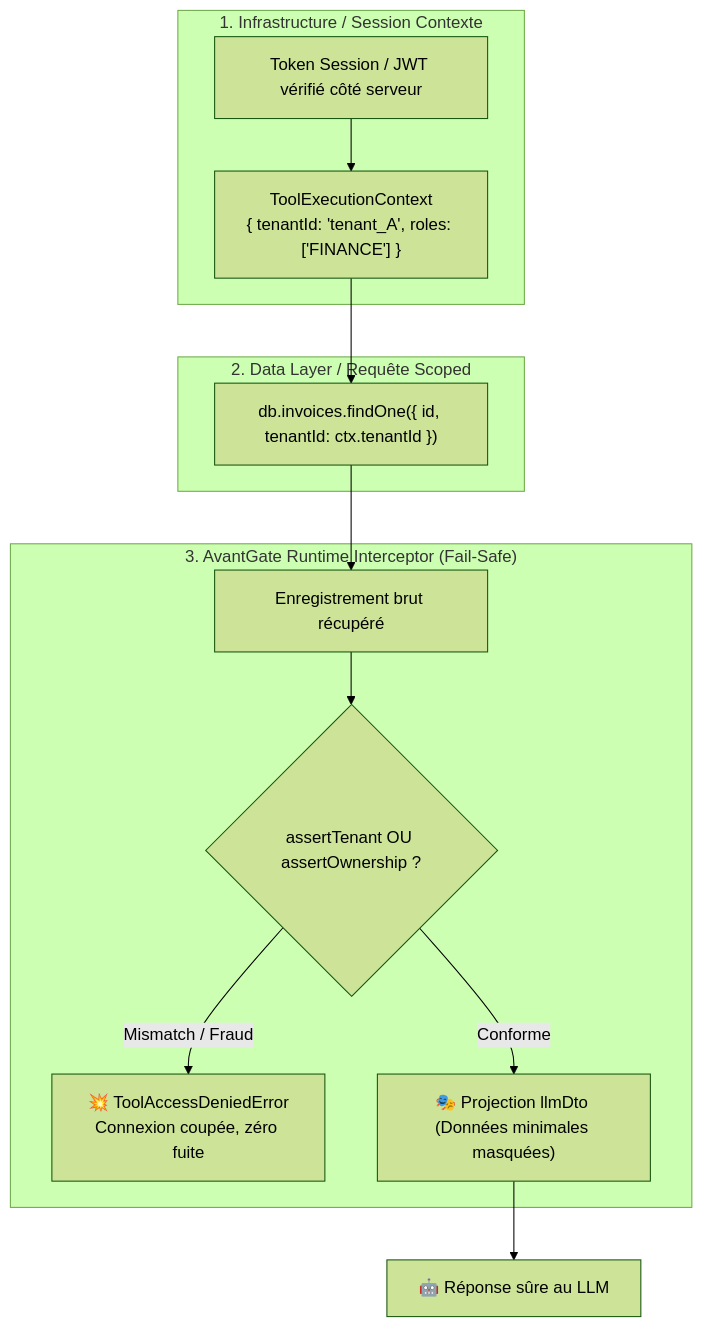
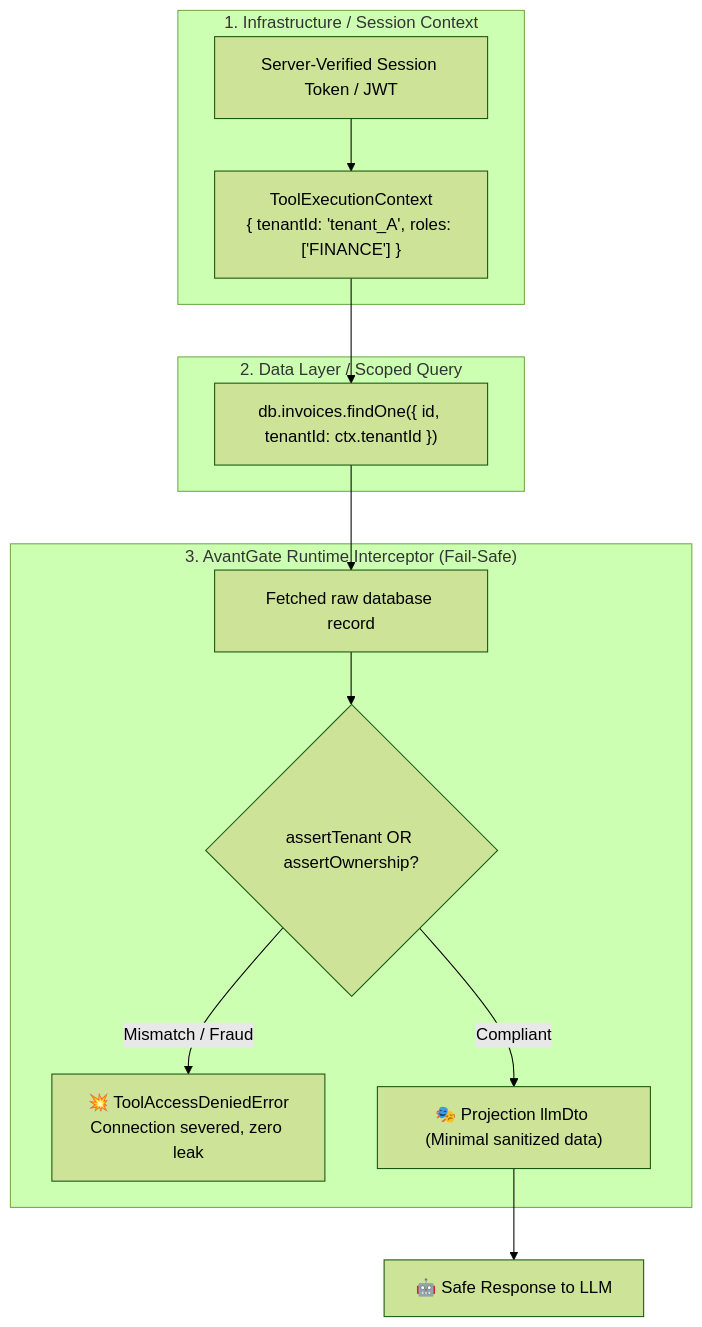
Before and after one commit to thienban/avantGate: the second of 3 diagrams in docs/security/anti-idor.md, drawn with Mermaid (forest theme). The commit also changed other lines of this file and 10 other files, not shown here.

````diff
--- a/docs/security/anti-idor.md
+++ b/docs/security/anti-idor.md
@@ -57,19 +57,19 @@
 ```mermaid
 flowchart TD
-    subgraph Level1 ["1. Infrastructure / Session Contexte"]
-        JWT["Token Session / JWT vérifié côté serveur"] --> Ctx["ToolExecutionContext<br/>{ tenantId: 'tenant_A', roles: ['FINANCE'] }"]
+    subgraph Level1 ["1. Infrastructure / Session Context"]
+        JWT["Server-Verified Session Token / JWT"] --> Ctx["ToolExecutionContext<br/>{ tenantId: 'tenant_A', roles: ['FINANCE'] }"]
     end
 
-    subgraph Level2 ["2. Data Layer / Requête Scoped"]
+    subgraph Level2 ["2. Data Layer / Scoped Query"]
         Ctx --> DBQuery["db.invoices.findOne({ id, tenantId: ctx.tenantId })"]
     end
 
     subgraph Level3 ["3. AvantGate Runtime Interceptor (Fail-Safe)"]
-        DBQuery --> Raw["Enregistrement brut récupéré"]
-        Raw --> Assertion{"assertTenant OU assertOwnership ?"}
-        Assertion -- Mismatch / Fraud --> Block["💥 ToolAccessDeniedError<br/>Connexion coupée, zéro fuite"]
-        Assertion -- Conforme --> DTO["🎭 Projection llmDto (Données minimales masquées)"]
+        DBQuery --> Raw["Fetched raw database record"]
+        Raw --> Assertion{"assertTenant OR assertOwnership?"}
+        Assertion -- Mismatch / Fraud --> Block["💥 ToolAccessDeniedError<br/>Connection severed, zero leak"]
+        Assertion -- Compliant --> DTO["🎭 Projection llmDto (Minimal sanitized data)"]
     end
 
-    DTO --> LLMOut["🤖 Réponse sûre au LLM"]
+    DTO --> LLMOut["🤖 Safe Response to LLM"]
 ```
````
